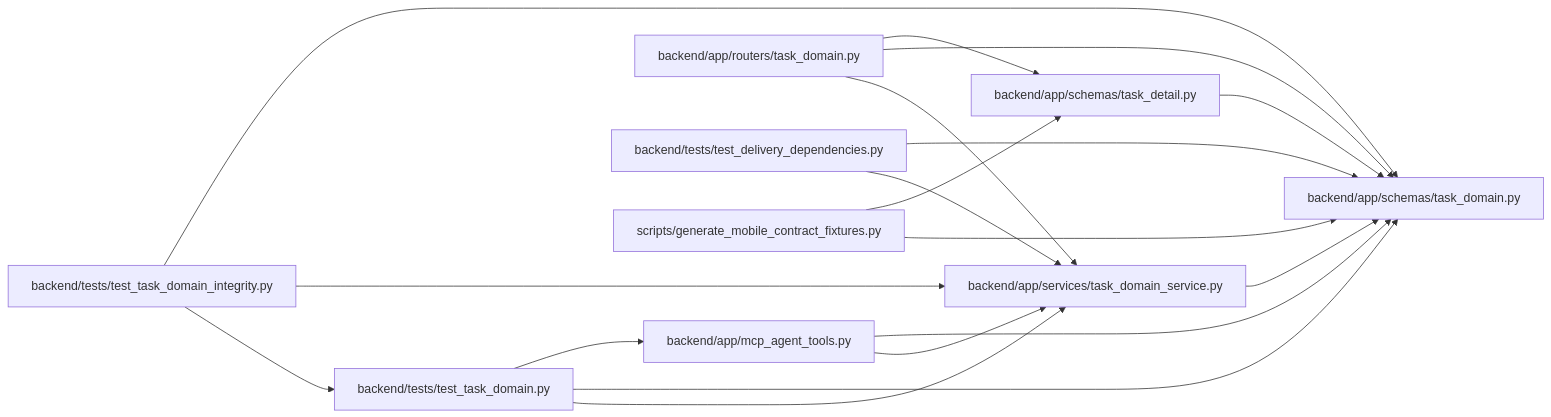
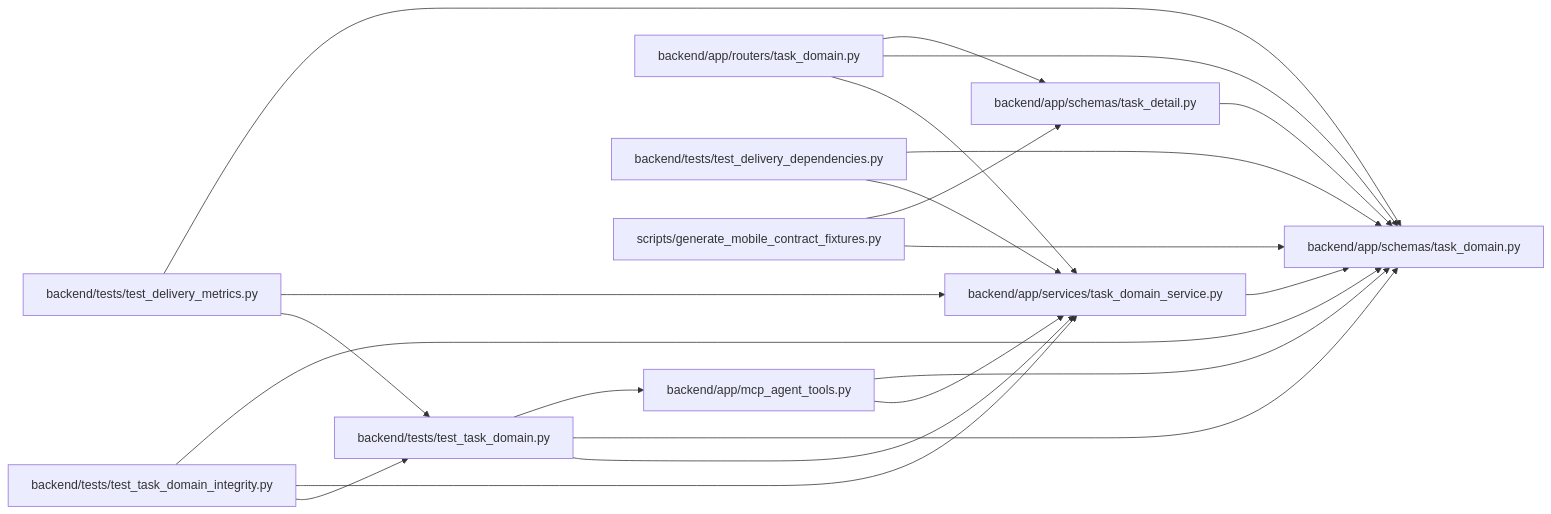
The diagram in docs/llm_wiki/modules/schemas_task_domain.md (Denissvgn/WorkChord), drawn with Mermaid before and after one commit. The commit also changed other lines of this file and 628 other files, not shown here.

````diff
--- a/docs/llm_wiki/modules/schemas_task_domain.md
+++ b/docs/llm_wiki/modules/schemas_task_domain.md
@@ -19,38 +19,43 @@
 ```mermaid
 flowchart LR
     n0["backend/app/mcp_agent_tools.py"]
     n1["backend/app/routers/task_domain.py"]
     n2["backend/app/schemas/task_detail.py"]
     n3["backend/app/schemas/task_domain.py"]
     n4["backend/app/services/task_domain_service.py"]
     n5["backend/tests/test_delivery_dependencies.py"]
-    n6["backend/tests/test_task_domain.py"]
-    n7["backend/tests/test_task_domain_integrity.py"]
-    n8["scripts/generate_mobile_contract_fixtures.py"]
+    n6["backend/tests/test_delivery_metrics.py"]
+    n7["backend/tests/test_task_domain.py"]
+    n8["backend/tests/test_task_domain_integrity.py"]
+    n9["scripts/generate_mobile_contract_fixtures.py"]
     n0 --> n3
     n0 --> n4
     n1 --> n2
     n1 --> n3
     n1 --> n4
     n2 --> n3
     n4 --> n3
     n5 --> n3
     n5 --> n4
-    n6 --> n0
     n6 --> n3
     n6 --> n4
+    n6 --> n7
+    n7 --> n0
     n7 --> n3
     n7 --> n4
-    n7 --> n6
-    n8 --> n2
     n8 --> n3
+    n8 --> n4
+    n8 --> n7
+    n9 --> n2
+    n9 --> n3
     click n0 "../modules/mcp_agent_tools.md"
     click n1 "../modules/routers_task_domain.md"
     click n2 "../modules/task_detail.md"
     click n3 "../modules/schemas_task_domain.md"
     click n4 "../modules/task_domain_service.md"
     click n5 "../modules/test_delivery_dependencies.md"
-    click n6 "../modules/test_task_domain.md"
-    click n7 "../modules/test_task_domain_integrity.md"
-    click n8 "../modules/generate_mobile_contract_fixtures.md"
+    click n6 "../modules/test_delivery_metrics.md"
+    click n7 "../modules/test_task_domain.md"
+    click n8 "../modules/test_task_domain_integrity.md"
+    click n9 "../modules/generate_mobile_contract_fixtures.md"
 ```
````
